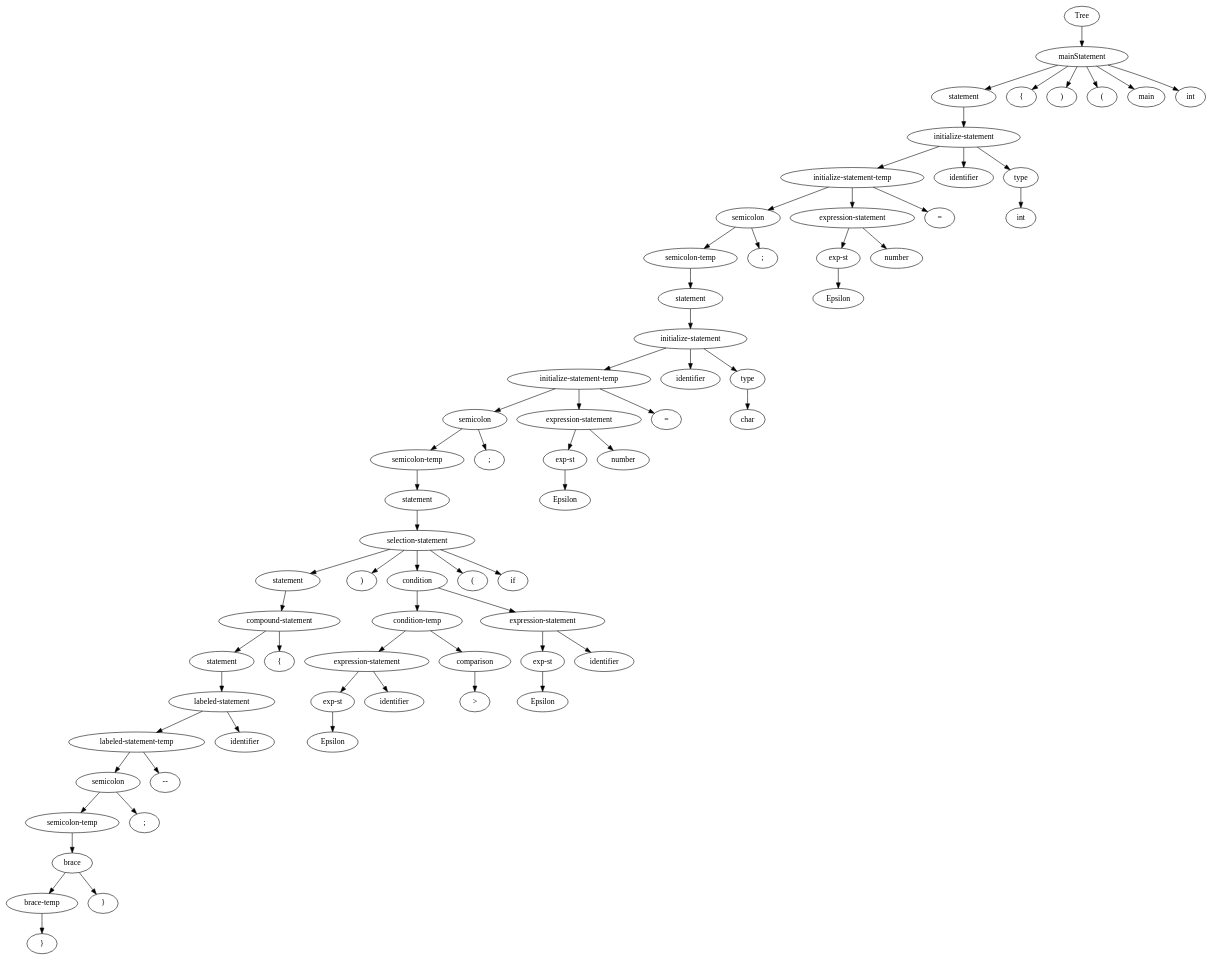
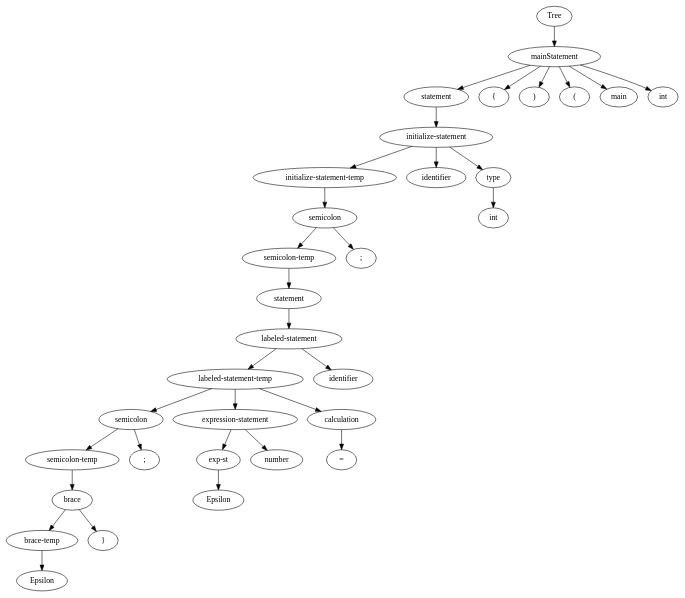
Before and after one commit to Erfan2001/Compiler-Project: the diagram in out/ParseTree/ParseTree.gv, drawn with Graphviz. The commit also changed 32 other files, not shown here.

```diff
--- a/out/ParseTree/ParseTree.gv
+++ b/out/ParseTree/ParseTree.gv
@@ -1,166 +1,82 @@
 digraph {
 	Tree [label=Tree]
 	1 [label=mainStatement]
 	Tree -> 1
 	1 [label=mainStatement]
 	2 [label=statement]
 	1 -> 2
 	3 [label="{"]
 	1 -> 3
 	4 [label=")"]
 	1 -> 4
 	5 [label="("]
 	1 -> 5
 	6 [label=main]
 	1 -> 6
 	7 [label=int]
 	1 -> 7
 	2 [label=statement]
 	8 [label="initialize-statement"]
 	2 -> 8
 	8 [label="initialize-statement"]
 	9 [label="initialize-statement-temp"]
 	8 -> 9
 	10 [label=identifier]
 	8 -> 10
 	11 [label=type]
 	8 -> 11
 	11 [label=type]
 	12 [label=int]
 	11 -> 12
 	9 [label="initialize-statement-temp"]
 	13 [label=semicolon]
 	9 -> 13
-	14 [label="expression-statement"]
-	9 -> 14
-	15 [label="="]
-	9 -> 15
-	14 [label="expression-statement"]
-	16 [label="exp-st"]
+	13 [label=semicolon]
+	14 [label="semicolon-temp"]
+	13 -> 14
+	15 [label=";"]
+	13 -> 15
+	14 [label="semicolon-temp"]
+	16 [label=statement]
 	14 -> 16
-	17 [label=number]
-	14 -> 17
+	16 [label=statement]
+	17 [label="labeled-statement"]
+	16 -> 17
+	17 [label="labeled-statement"]
+	18 [label="labeled-statement-temp"]
+	17 -> 18
+	19 [label=identifier]
+	17 -> 19
+	18 [label="labeled-statement-temp"]
+	20 [label=semicolon]
+	18 -> 20
+	21 [label="expression-statement"]
+	18 -> 21
+	22 [label=calculation]
+	18 -> 22
+	22 [label=calculation]
+	23 [label="="]
+	22 -> 23
+	21 [label="expression-statement"]
+	24 [label="exp-st"]
+	21 -> 24
+	25 [label=number]
+	21 -> 25
 	-100 [label=Epsilon]
-	16 -> -100
-	13 [label=semicolon]
-	18 [label="semicolon-temp"]
-	13 -> 18
-	19 [label=";"]
-	13 -> 19
-	18 [label="semicolon-temp"]
-	20 [label=statement]
-	18 -> 20
-	20 [label=statement]
-	21 [label="initialize-statement"]
-	20 -> 21
-	21 [label="initialize-statement"]
-	22 [label="initialize-statement-temp"]
-	21 -> 22
-	23 [label=identifier]
-	21 -> 23
-	24 [label=type]
-	21 -> 24
-	24 [label=type]
-	25 [label=char]
-	24 -> 25
-	22 [label="initialize-statement-temp"]
-	26 [label=semicolon]
-	22 -> 26
-	27 [label="expression-statement"]
-	22 -> 27
-	28 [label="="]
-	22 -> 28
-	27 [label="expression-statement"]
-	29 [label="exp-st"]
-	27 -> 29
-	30 [label=number]
-	27 -> 30
+	24 -> -100
+	20 [label=semicolon]
+	26 [label="semicolon-temp"]
+	20 -> 26
+	27 [label=";"]
+	20 -> 27
+	26 [label="semicolon-temp"]
+	28 [label=brace]
+	26 -> 28
+	28 [label=brace]
+	29 [label="brace-temp"]
+	28 -> 29
+	30 [label="}"]
+	28 -> 30
 	-99 [label=Epsilon]
 	29 -> -99
-	26 [label=semicolon]
-	31 [label="semicolon-temp"]
-	26 -> 31
-	32 [label=";"]
-	26 -> 32
-	31 [label="semicolon-temp"]
-	33 [label=statement]
-	31 -> 33
-	33 [label=statement]
-	34 [label="selection-statement"]
-	33 -> 34
-	34 [label="selection-statement"]
-	35 [label=statement]
-	34 -> 35
-	36 [label=")"]
-	34 -> 36
-	37 [label=condition]
-	34 -> 37
-	38 [label="("]
-	34 -> 38
-	39 [label=if]
-	34 -> 39
-	37 [label=condition]
-	40 [label="condition-temp"]
-	37 -> 40
-	41 [label="expression-statement"]
-	37 -> 41
-	41 [label="expression-statement"]
-	42 [label="exp-st"]
-	41 -> 42
-	43 [label=identifier]
-	41 -> 43
-	-98 [label=Epsilon]
-	42 -> -98
-	40 [label="condition-temp"]
-	44 [label="expression-statement"]
-	40 -> 44
-	45 [label=comparison]
-	40 -> 45
-	45 [label=comparison]
-	46 [label=">"]
-	45 -> 46
-	44 [label="expression-statement"]
-	47 [label="exp-st"]
-	44 -> 47
-	48 [label=identifier]
-	44 -> 48
-	-97 [label=Epsilon]
-	47 -> -97
-	35 [label=statement]
-	49 [label="compound-statement"]
-	35 -> 49
-	49 [label="compound-statement"]
-	50 [label=statement]
-	49 -> 50
-	51 [label="{"]
-	49 -> 51
-	50 [label=statement]
-	52 [label="labeled-statement"]
-	50 -> 52
-	52 [label="labeled-statement"]
-	53 [label="labeled-statement-temp"]
-	52 -> 53
-	54 [label=identifier]
-	52 -> 54
-	53 [label="labeled-statement-temp"]
-	55 [label=semicolon]
-	53 -> 55
-	56 [label="--"]
-	53 -> 56
-	55 [label=semicolon]
-	57 [label="semicolon-temp"]
-	55 -> 57
-	58 [label=";"]
-	55 -> 58
-	57 [label="semicolon-temp"]
-	59 [label=brace]
-	57 -> 59
-	59 [label=brace]
-	60 [label="brace-temp"]
-	59 -> 60
-	61 [label="}"]
-	59 -> 61
-	60 [label="brace-temp"]
-	62 [label="}"]
-	60 -> 62
 }
```
